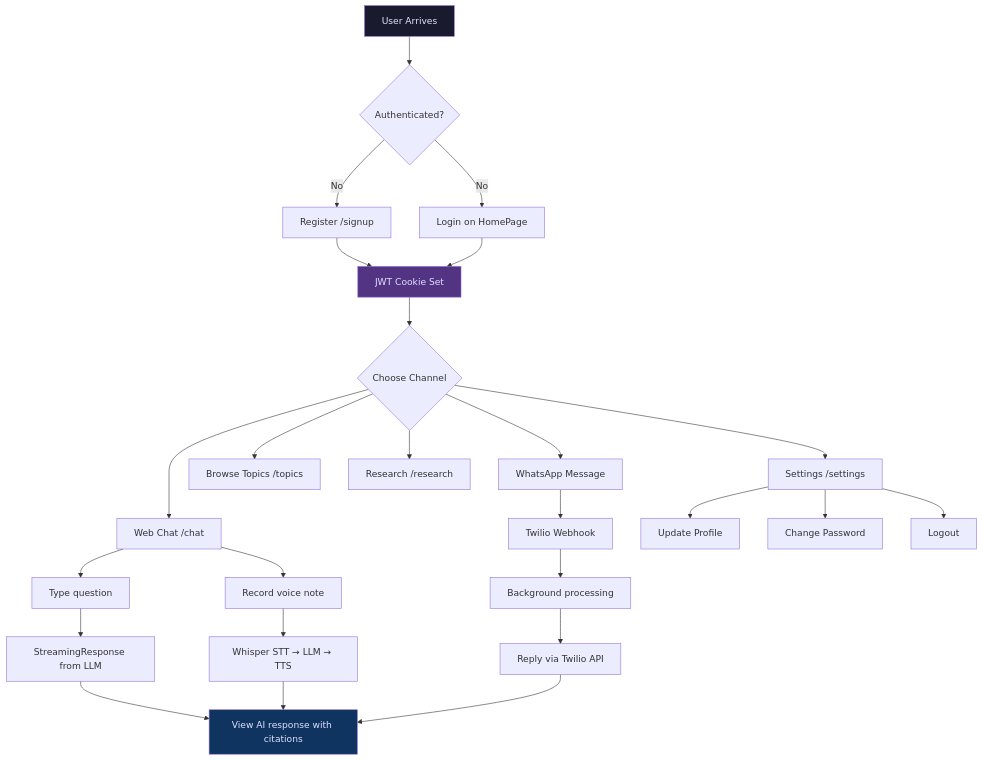
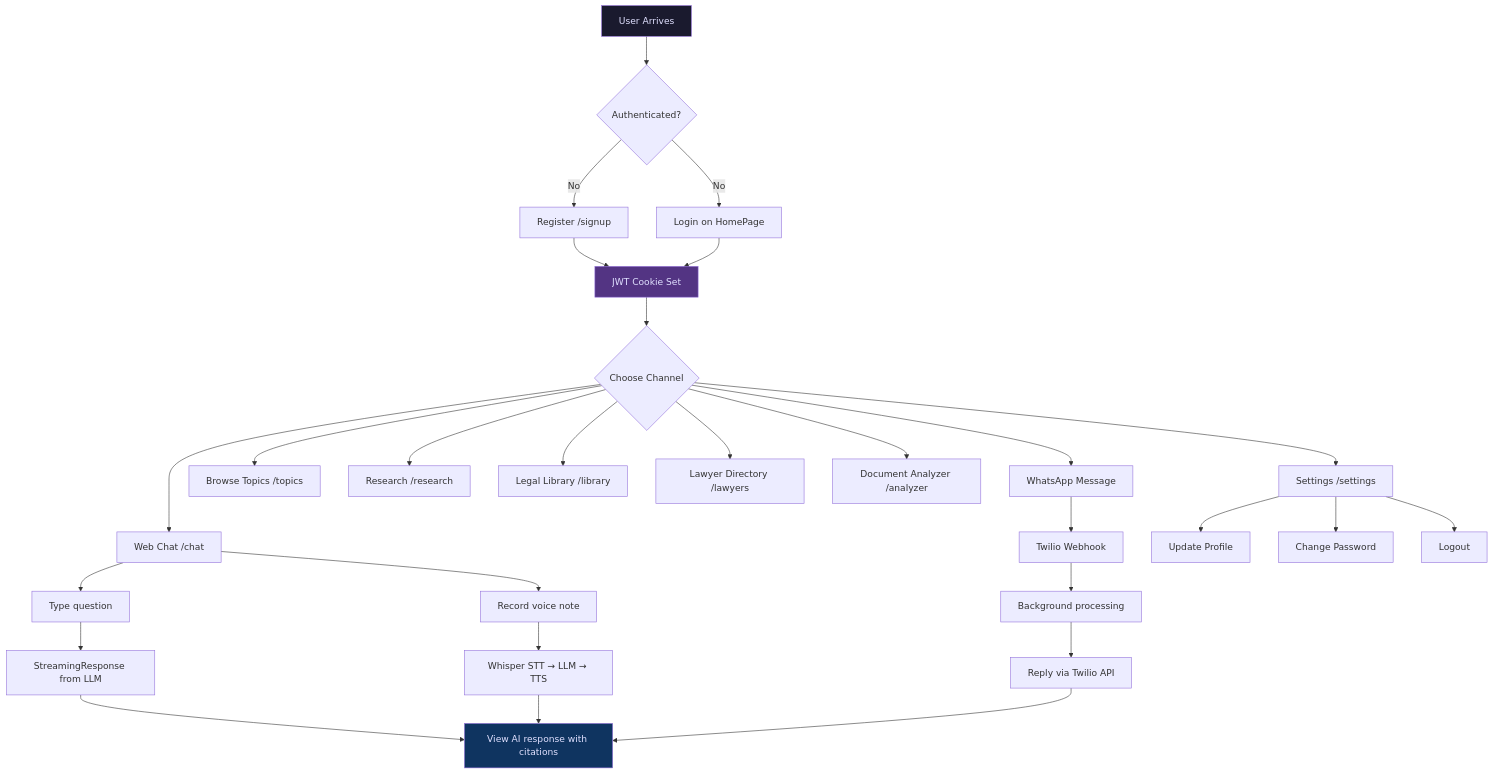
Before and after one commit to shashinherath/OpenJustice-Backend-Repo: the eighth of 8 diagrams in docs/USER_FLOW_DIAGRAM.md, drawn with Mermaid. The commit also changed other lines of this file and 4 other files, not shown here.

First line of the commit message:
Expand architecture docs for new backend modules (#62)

````diff
--- a/docs/USER_FLOW_DIAGRAM.md
+++ b/docs/USER_FLOW_DIAGRAM.md
@@ -232,38 +234,41 @@
 ```mermaid
 flowchart TD
     START["User Arrives"] --> AUTH{"Authenticated?"}
 
     AUTH -->|No| REG["Register /signup"]
     AUTH -->|No| LOGIN["Login on HomePage"]
     REG --> COOKIE["JWT Cookie Set"]
     LOGIN --> COOKIE
 
     COOKIE --> MAIN{"Choose Channel"}
 
     MAIN --> WEB["Web Chat /chat"]
     MAIN --> WA["WhatsApp Message"]
     MAIN --> TOPICS["Browse Topics /topics"]
     MAIN --> RESEARCH["Research /research"]
+    MAIN --> LIBRARY["Legal Library /library"]
+    MAIN --> LAWYERS["Lawyer Directory /lawyers"]
+    MAIN --> ANALYZER["Document Analyzer /analyzer"]
 
     WEB --> TEXT["Type question"]
     WEB --> VOICE["Record voice note"]
     TEXT --> STREAM["StreamingResponse from LLM"]
     VOICE --> STT["Whisper STT → LLM → TTS"]
 
     WA --> TWILIO["Twilio Webhook"]
     TWILIO --> BGPROCESS["Background processing"]
     BGPROCESS --> REPLY["Reply via Twilio API"]
 
     STREAM --> DONE["View AI response with citations"]
     STT --> DONE
     REPLY --> DONE
 
     MAIN --> SETTINGS["Settings /settings"]
     SETTINGS --> PROFILE["Update Profile"]
     SETTINGS --> PASSWORD["Change Password"]
     SETTINGS --> LOGOUT["Logout"]
 
     style START fill:#1a1a2e,color:#e0e0ff
     style DONE fill:#0f3460,color:#e0e0ff
     style COOKIE fill:#533483,color:#e0e0ff
 ```
````
